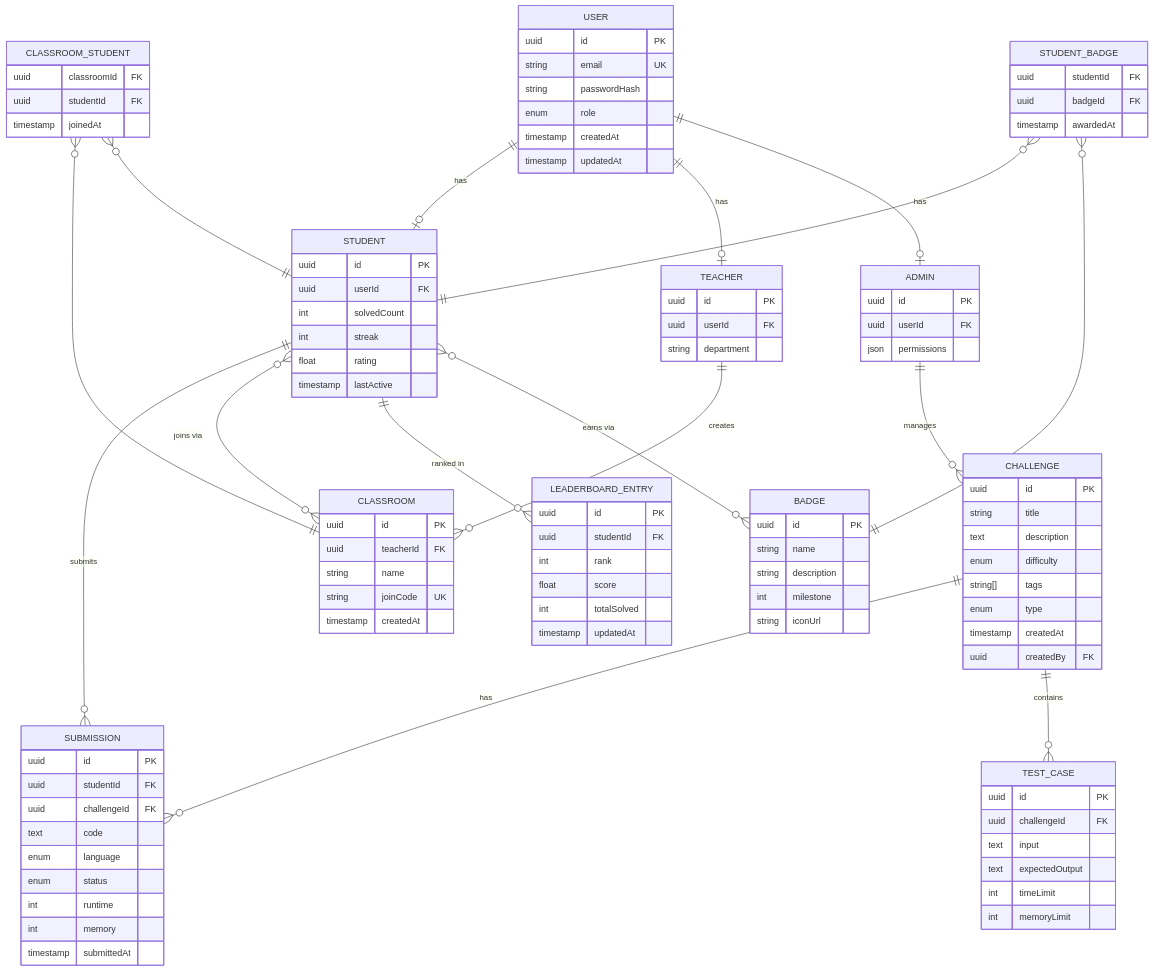
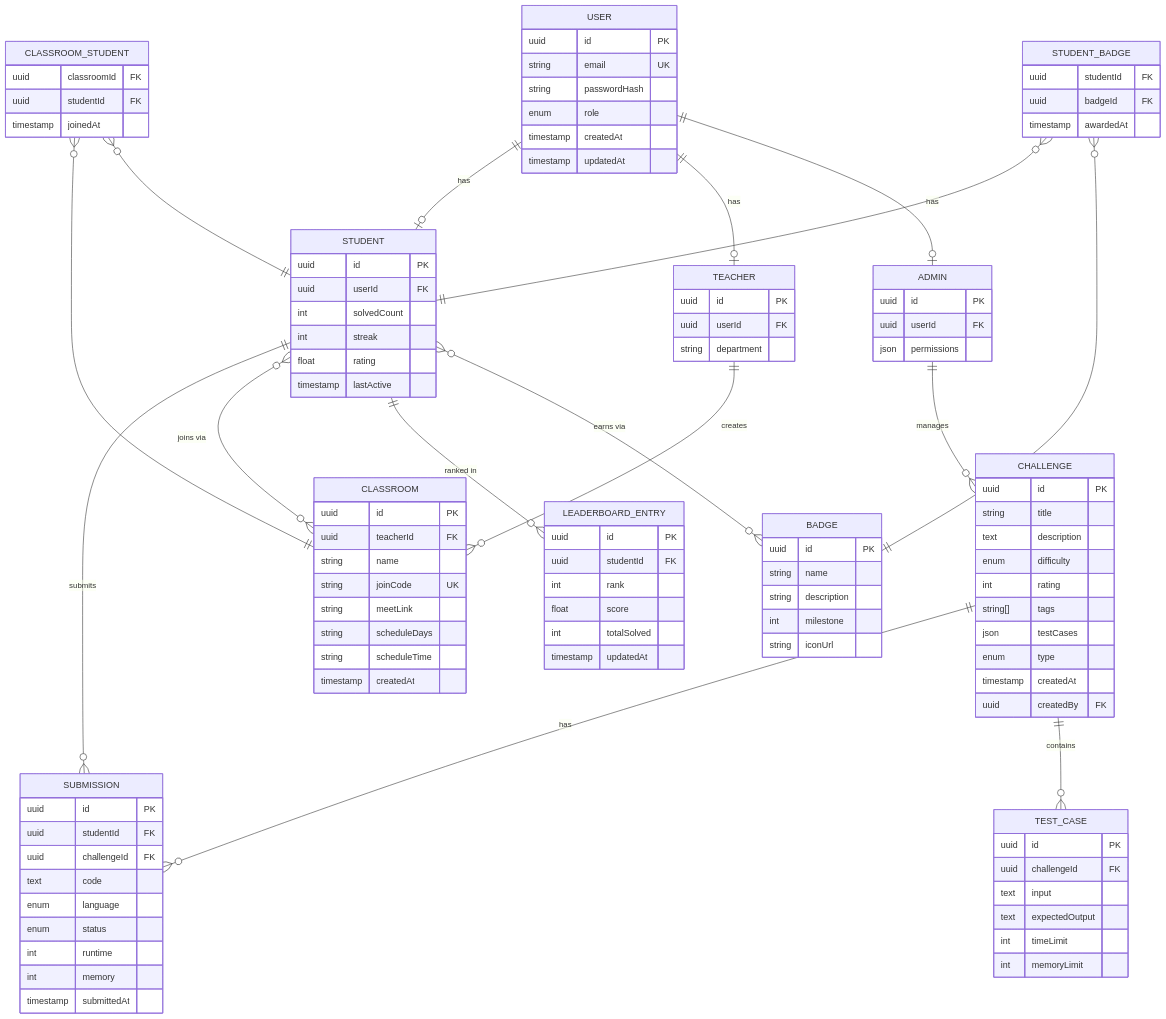
One commit to jigyasu-kalyan/CodePath-India_SD changed the diagram in docs/uml/er-diagram.md. Above: the diagram before and after it, drawn with Mermaid. The commit also changed 28 other files, not shown here.

```diff
--- a/docs/uml/er-diagram.md
+++ b/docs/uml/er-diagram.md
@@ -42,7 +42,9 @@
         string title
         text description
         enum difficulty
+        int rating
         string[] tags
+        json testCases
         enum type
         timestamp createdAt
         uuid createdBy FK
@@ -74,6 +76,9 @@
         uuid teacherId FK
         string name
         string joinCode UK
+        string meetLink
+        string scheduleDays
+        string scheduleTime
         timestamp createdAt
     }
 
```
